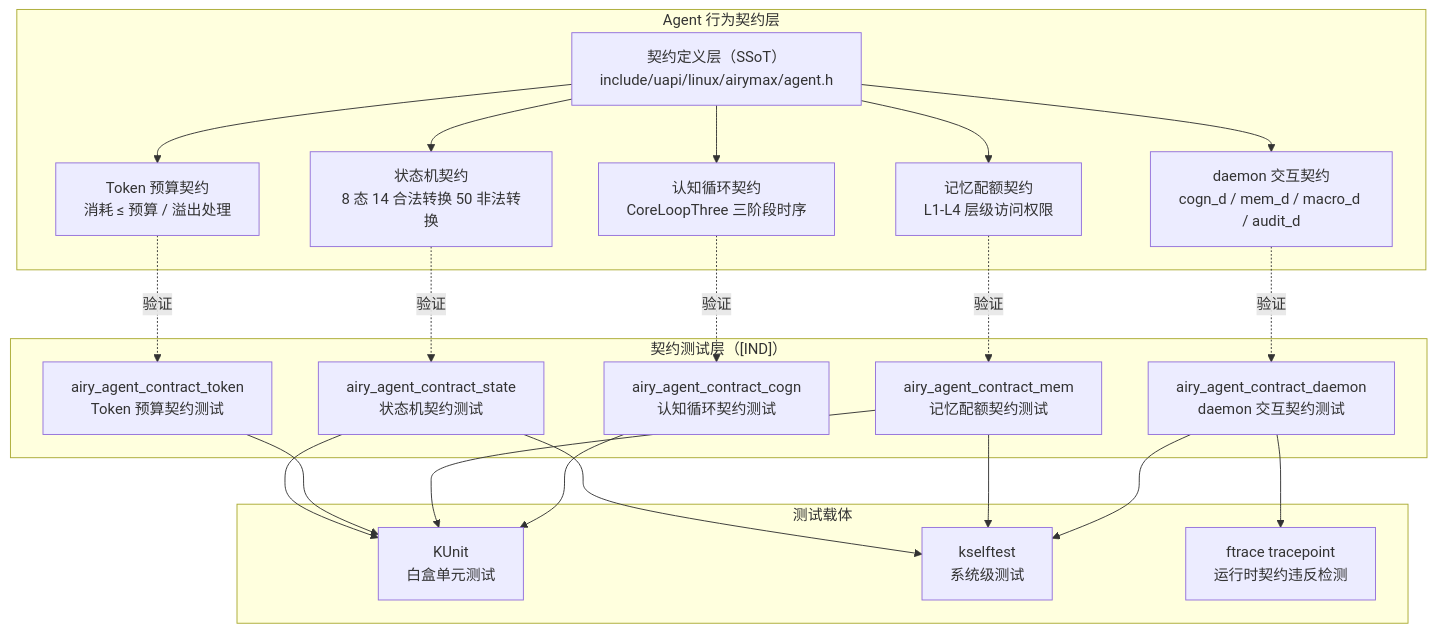
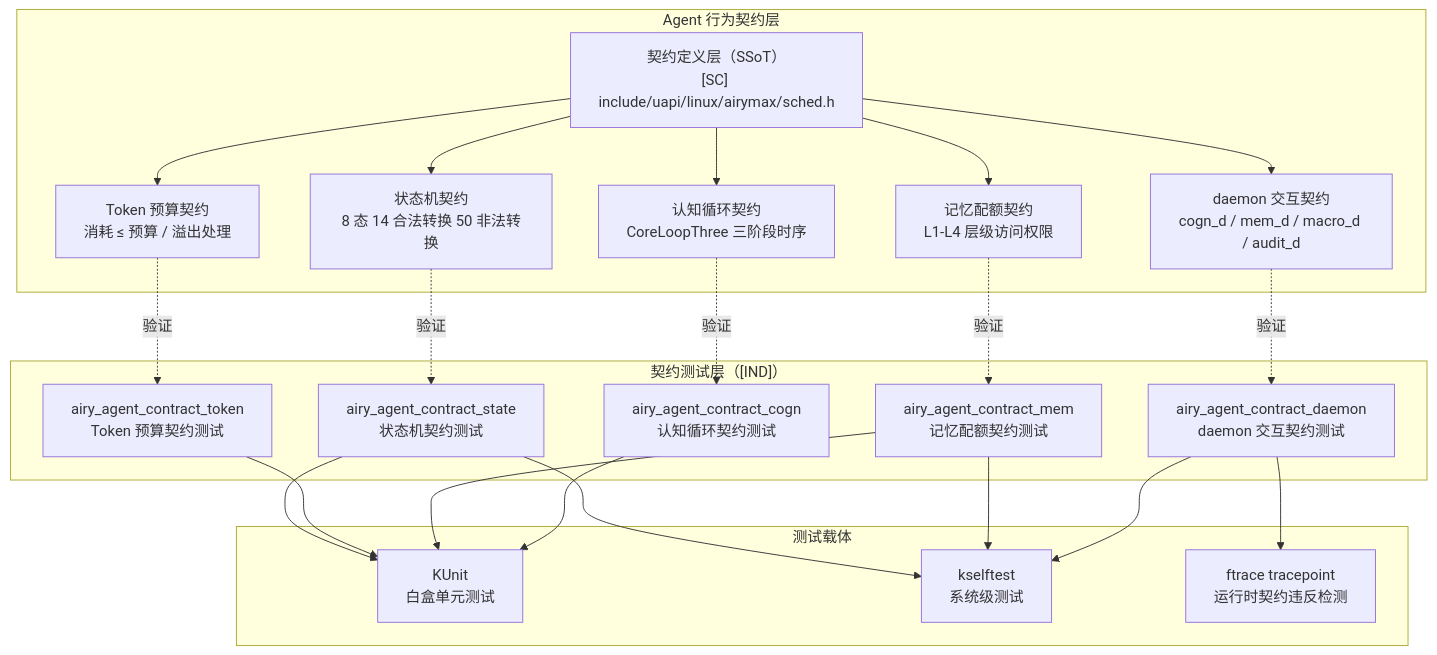
The diagram in AirymaxOS/80-testing/08-agent-contract-testing.md (openairymax/docs), drawn with Mermaid before and after one commit. The commit also changed other lines of this file and 44 other files, not shown here.

````diff
--- a/AirymaxOS/80-testing/08-agent-contract-testing.md
+++ b/AirymaxOS/80-testing/08-agent-contract-testing.md
@@ -46,43 +46,43 @@
 ```mermaid
 flowchart TB
     subgraph "Agent 行为契约层"
-        A["契约定义层（SSoT）<br/>include/uapi/linux/airymax/agent.h"]
+        A["契约定义层（SSoT）<br/>[SC] include/uapi/linux/airymax/sched.h"]
         B1["状态机契约<br/>8 态 14 合法转换 50 非法转换"]
         B2["Token 预算契约<br/>消耗 ≤ 预算 / 溢出处理"]
         B3["记忆配额契约<br/>L1-L4 层级访问权限"]
         B4["认知循环契约<br/>CoreLoopThree 三阶段时序"]
         B5["daemon 交互契约<br/>cogn_d / mem_d / macro_d / audit_d"]
     end
     A --> B1
     A --> B2
     A --> B3
     A --> B4
     A --> B5
     
     subgraph "契约测试层（[IND]）"
         C1["airy_agent_contract_state<br/>状态机契约测试"]
         C2["airy_agent_contract_token<br/>Token 预算契约测试"]
         C3["airy_agent_contract_mem<br/>记忆配额契约测试"]
         C4["airy_agent_contract_cogn<br/>认知循环契约测试"]
         C5["airy_agent_contract_daemon<br/>daemon 交互契约测试"]
     end
     B1 -.->|验证| C1
     B2 -.->|验证| C2
     B3 -.->|验证| C3
     B4 -.->|验证| C4
     B5 -.->|验证| C5
     
     subgraph "测试载体"
         D1["KUnit<br/>白盒单元测试"]
         D2["kselftest<br/>系统级测试"]
         D3["ftrace tracepoint<br/>运行时契约违反检测"]
     end
     C1 --> D1
     C1 --> D2
     C2 --> D1
     C3 --> D1
     C3 --> D2
     C4 --> D1
     C5 --> D2
     C5 --> D3
 ```
````
